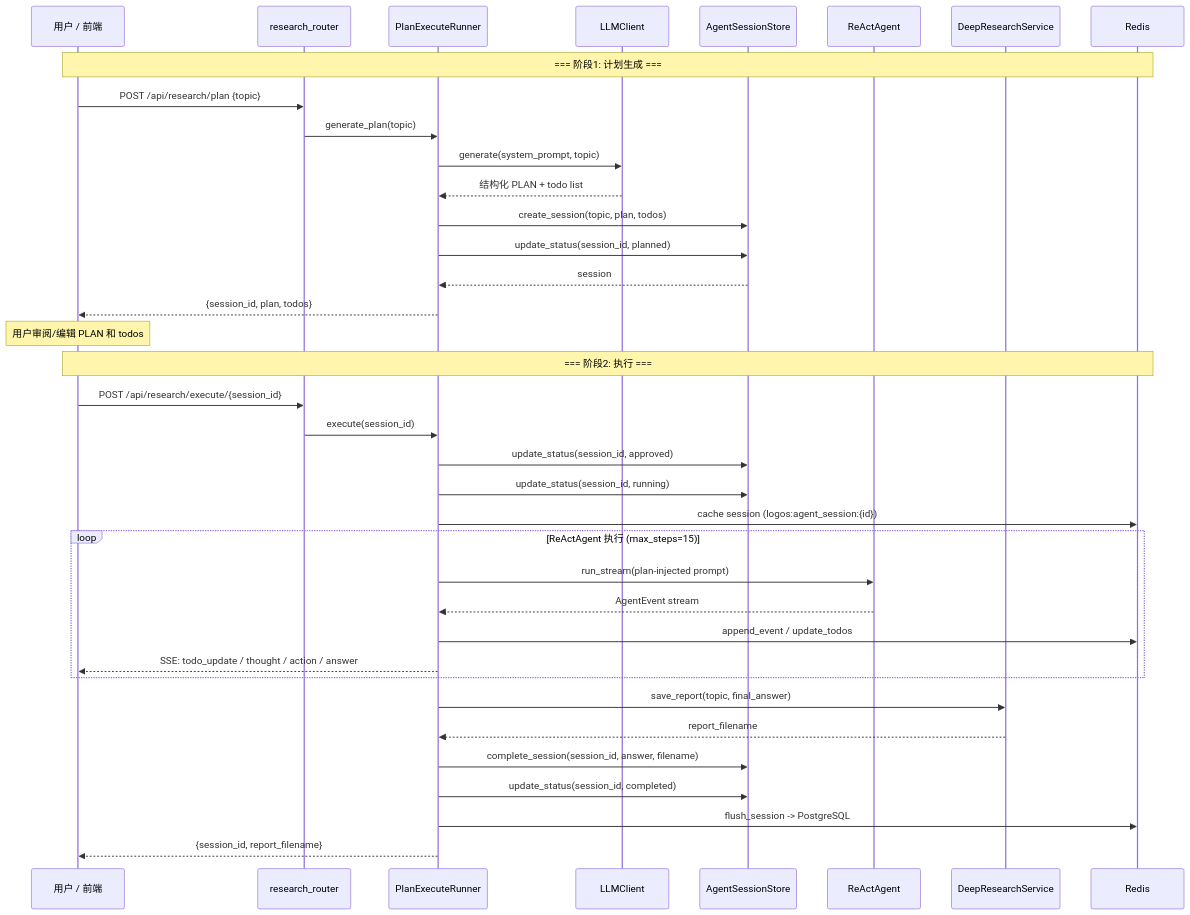
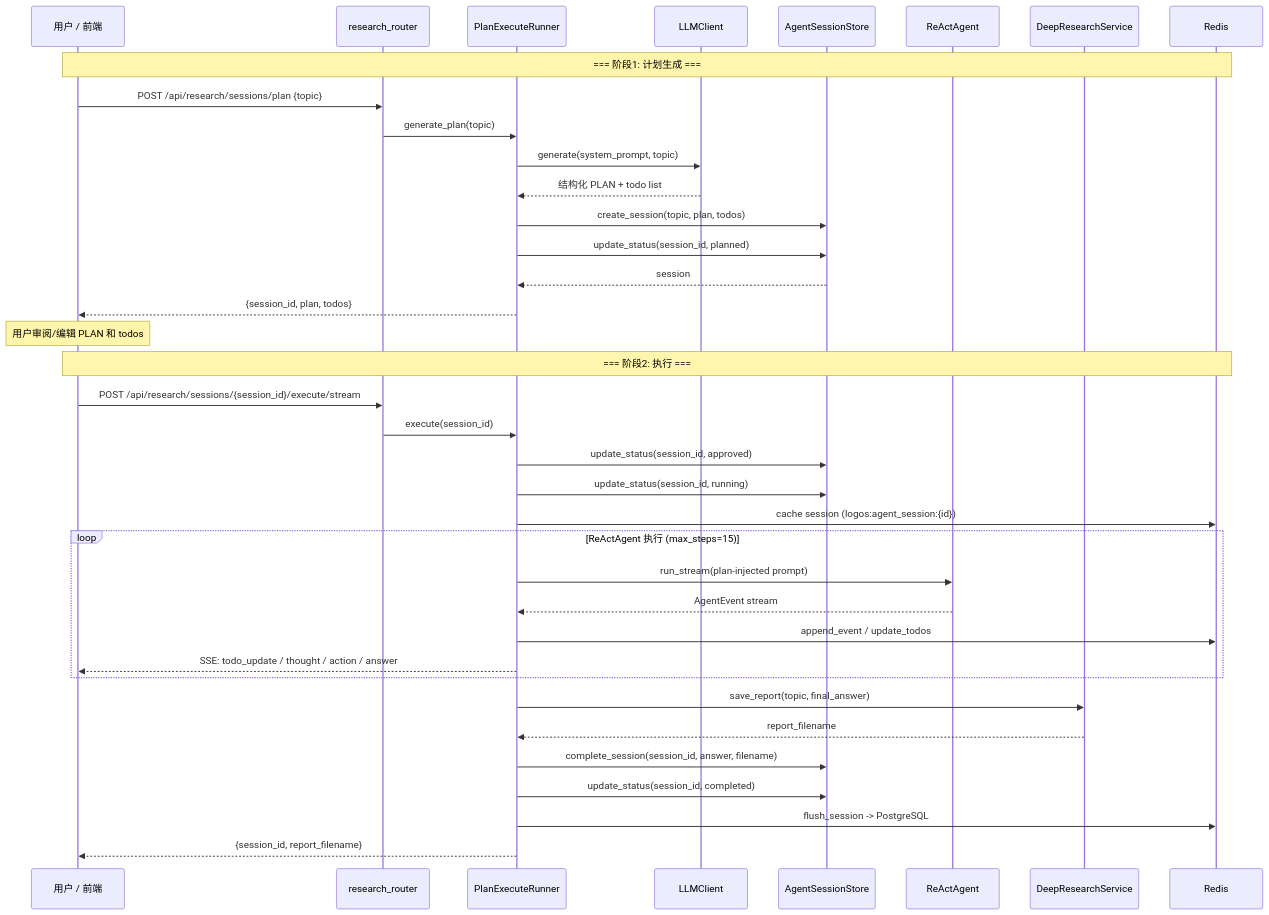
Before and after one commit to EtherealStar/InsightForge: the first of 2 diagrams in docs/flows/deep-research-flow.md, drawn with Mermaid. The commit also changed other lines of this file and 243 other files, not shown here.

````diff
--- a/docs/flows/deep-research-flow.md
+++ b/docs/flows/deep-research-flow.md
@@ -9,44 +9,44 @@
 ```mermaid
 sequenceDiagram
     participant User as 用户 / 前端
     participant RR as research_router
     participant PER as PlanExecuteRunner
     participant LLM as LLMClient
     participant ASS as AgentSessionStore
     participant RA as ReActAgent
     participant DRS as DeepResearchService
     participant Redis as Redis
 
     Note over User,Redis: === 阶段1: 计划生成 ===
-    User->>RR: POST /api/research/plan {topic}
+    User->>RR: POST /api/research/sessions/plan {topic}
     RR->>PER: generate_plan(topic)
     PER->>LLM: generate(system_prompt, topic)
     LLM-->>PER: 结构化 PLAN + todo list
     PER->>ASS: create_session(topic, plan, todos)
     PER->>ASS: update_status(session_id, planned)
     ASS-->>PER: session
     PER-->>User: {session_id, plan, todos}
 
     Note over User: 用户审阅/编辑 PLAN 和 todos
 
     Note over User,Redis: === 阶段2: 执行 ===
-    User->>RR: POST /api/research/execute/{session_id}
+    User->>RR: POST /api/research/sessions/{session_id}/execute/stream
     RR->>PER: execute(session_id)
     PER->>ASS: update_status(session_id, approved)
     PER->>ASS: update_status(session_id, running)
     PER->>Redis: cache session (logos:agent_session:{id})
     
     loop ReActAgent 执行 (max_steps=15)
         PER->>RA: run_stream(plan-injected prompt)
         RA-->>PER: AgentEvent stream
         PER->>Redis: append_event / update_todos
         PER-->>User: SSE: todo_update / thought / action / answer
     end
     
     PER->>DRS: save_report(topic, final_answer)
     DRS-->>PER: report_filename
     PER->>ASS: complete_session(session_id, answer, filename)
     PER->>ASS: update_status(session_id, completed)
     PER->>Redis: flush_session -> PostgreSQL
     PER-->>User: {session_id, report_filename}
 ```
````
